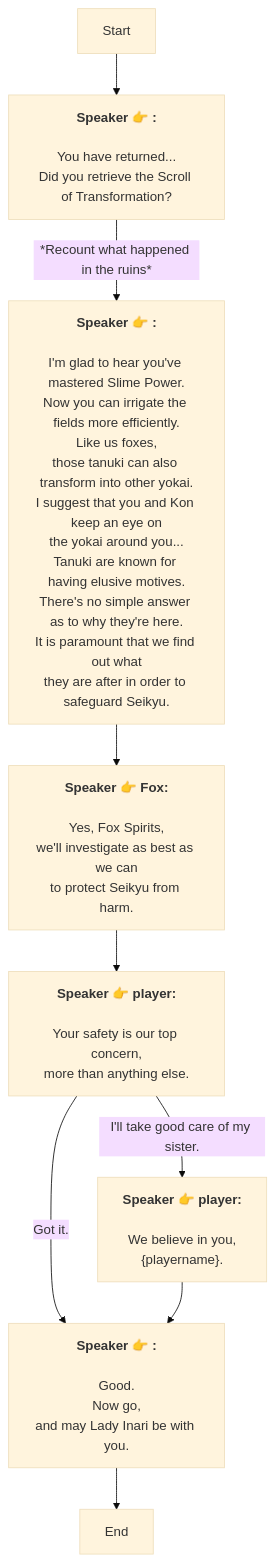
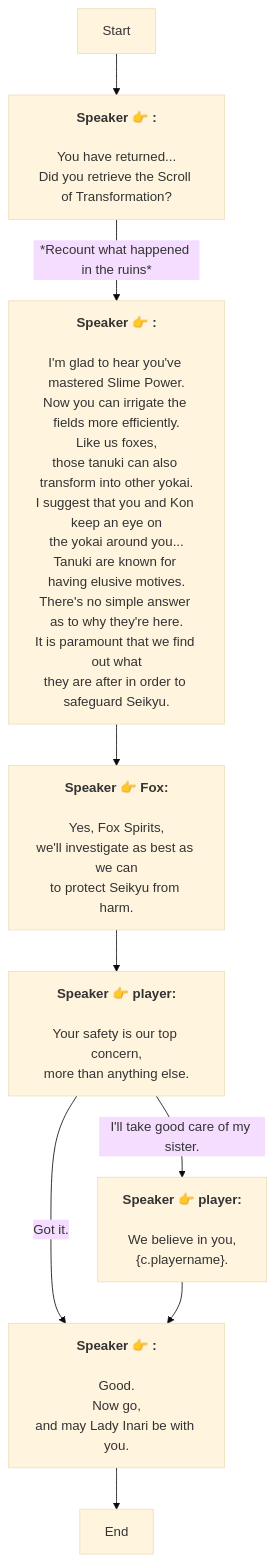
Before and after one commit to SoftHu/tos_avg: the diagram in En/QuestTalkObjectiveNode_1761909999151349.md, drawn with Mermaid (base theme). The commit also changed 410 other files, not shown here.

````diff
--- a/En/QuestTalkObjectiveNode_1761909999151349.md
+++ b/En/QuestTalkObjectiveNode_1761909999151349.md
@@ -1,33 +1,33 @@
 ```mermaid
 graph
 Start -->1761910727852289[<b>Speaker 👉 :</b>
 \nYou have returned...
 Did you retrieve the Scroll of Transformation?]
 1761910727852289 -->|*Recount what happened in the ruins*|1761910898746629[<b>Speaker 👉 :</b>
 \nI'm glad to hear you've mastered Slime Power.
 Now you can irrigate the fields more efficiently.\nLike us foxes,
 those tanuki can also transform into other yokai.\nI suggest that you and Kon keep an eye on
 the yokai around you...\nTanuki are known for having elusive motives.
 There's no simple answer as to why they're here.\nIt is paramount that we find out what
 they are after in order to safeguard Seikyu.]
 1761910898746629 -->1761910989212934[<b>Speaker 👉 Fox:</b>
 \nYes, Fox Spirits,
 we'll investigate as best as we can
 to protect Seikyu from harm.]
 1761910989212934 -->1761911109766407[<b>Speaker 👉 player:</b>
 \nYour safety is our top concern,
 more than anything else.]
 1761911109766407 -->|Got it.|1761911280317707[<b>Speaker 👉 :</b>
 \nGood.
 Now go,
 and may Lady Inari be with you.]
 1761911109766407 -->|I'll take good care of my sister.|1761911308834062[<b>Speaker 👉 player:</b>
 \nWe believe in you,
-&lbrace;playername&rbrace;.]
+&lbrace;c.playername&rbrace;.]
 1761911280317707 -->1761911318607119[End]
 1761911308834062 -->1761911280317707[<b>Speaker 👉 :</b>
 \nGood.
 Now go,
 and may Lady Inari be with you.]
 
 ```
````
